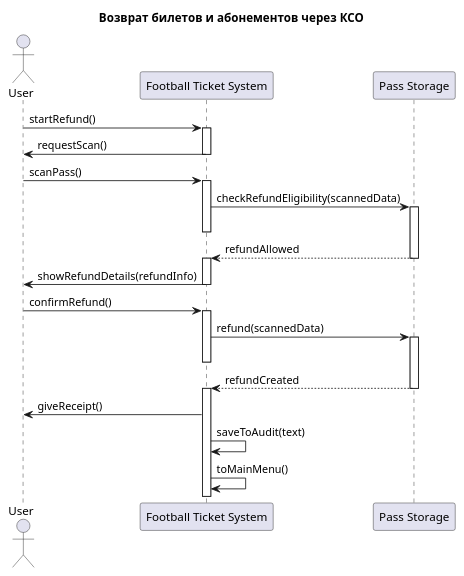
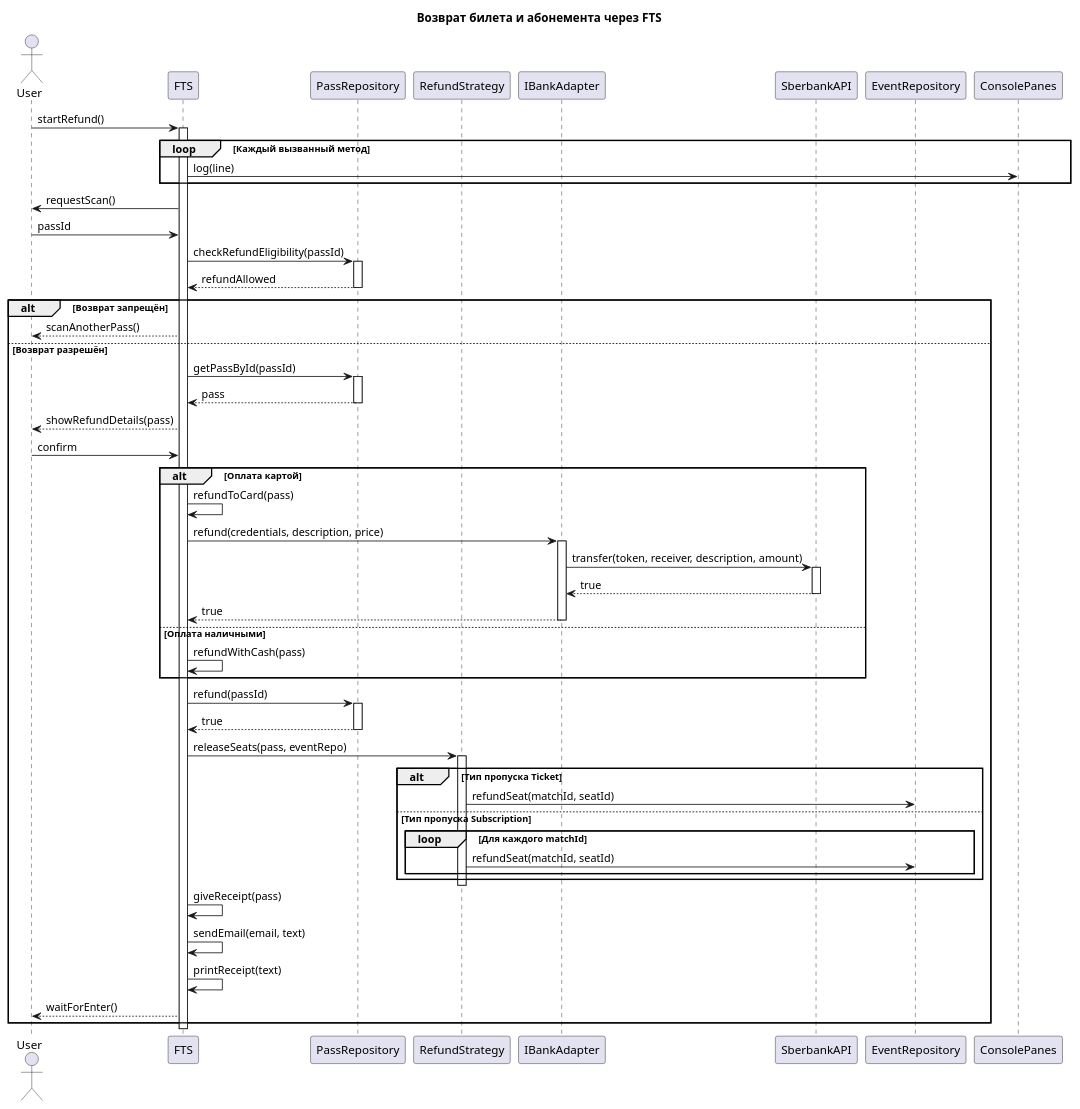
The diagram in Преценденты/Возврат билетов и абонементов/Диаграмма последовательности.md (penamarth/bsbo-11-24_team5_var10_football), drawn with PlantUML before and after one commit. The commit also changed other lines of this file and 56 other files, not shown here.

````diff
--- a/Преценденты/Возврат билетов и абонементов/Диаграмма последовательности.md
+++ b/Преценденты/Возврат билетов и абонементов/Диаграмма последовательности.md
@@ -3,46 +3,78 @@
 ```plantuml
 @startuml
-title Возврат билетов и абонементов через КСО
+title Возврат билета и абонемента через FTS
 
 actor "User" as User
-participant "Football Ticket System" as FTS
-participant "Pass Storage" as PassStorage
+participant "FTS" as FTS
+participant "PassRepository" as PassRepository
+participant "RefundStrategy" as Strategy
+participant "IBankAdapter" as Bank
+participant "SberbankAPI" as Sber
+participant "EventRepository" as EventRepository
+participant "ConsolePanes" as Panes
 
 User -> FTS : startRefund()
 activate FTS
 
+loop Каждый вызванный метод
+    FTS -> Panes : log(line)
+end
+
 FTS -> User : requestScan()
+User -> FTS : passId
+
+FTS -> PassRepository : checkRefundEligibility(passId)
+activate PassRepository
+PassRepository --> FTS : refundAllowed
+deactivate PassRepository
+
+alt Возврат запрещён
+    FTS --> User : scanAnotherPass()
+else Возврат разрешён
+    FTS -> PassRepository : getPassById(passId)
+    activate PassRepository
+    PassRepository --> FTS : pass
+    deactivate PassRepository
+
+    FTS --> User : showRefundDetails(pass)
+    User -> FTS : confirm
+
+    alt Оплата картой
+        FTS -> FTS : refundToCard(pass)
+        FTS -> Bank : refund(credentials, description, price)
+        activate Bank
+        Bank -> Sber : transfer(token, receiver, description, amount)
+        activate Sber
+        Sber --> Bank : true
+        deactivate Sber
+        Bank --> FTS : true
+        deactivate Bank
+    else Оплата наличными
+        FTS -> FTS : refundWithCash(pass)
+    end
+
+    FTS -> PassRepository : refund(passId)
+    activate PassRepository
+    PassRepository --> FTS : true
+    deactivate PassRepository
+
+    FTS -> Strategy : releaseSeats(pass, eventRepo)
+    activate Strategy
+    alt Тип пропуска Ticket
+        Strategy -> EventRepository : refundSeat(matchId, seatId)
+    else Тип пропуска Subscription
+        loop Для каждого matchId
+            Strategy -> EventRepository : refundSeat(matchId, seatId)
+        end
+    end
+    deactivate Strategy
+
+    FTS -> FTS : giveReceipt(pass)
+    FTS -> FTS : sendEmail(email, text)
+    FTS -> FTS : printReceipt(text)
+    FTS --> User : waitForEnter()
+end
+
 deactivate FTS
-
-User -> FTS : scanPass()
-activate FTS
-
-FTS -> PassStorage : checkRefundEligibility(scannedData)
-activate PassStorage
-deactivate FTS
-PassStorage --> FTS : refundAllowed
-deactivate PassStorage
-activate FTS
-
-FTS -> User : showRefundDetails(refundInfo)
-deactivate FTS
-
-User -> FTS : confirmRefund()
-activate FTS
-
-FTS -> PassStorage : refund(scannedData)
-activate PassStorage
-deactivate FTS
-
-PassStorage --> FTS : refundCreated
-deactivate PassStorage
-activate FTS
-
-FTS -> User : giveReceipt()
-
-FTS -> FTS : saveToAudit(text)
-
-FTS -> FTS : toMainMenu()
-
 @enduml
 ```
````
